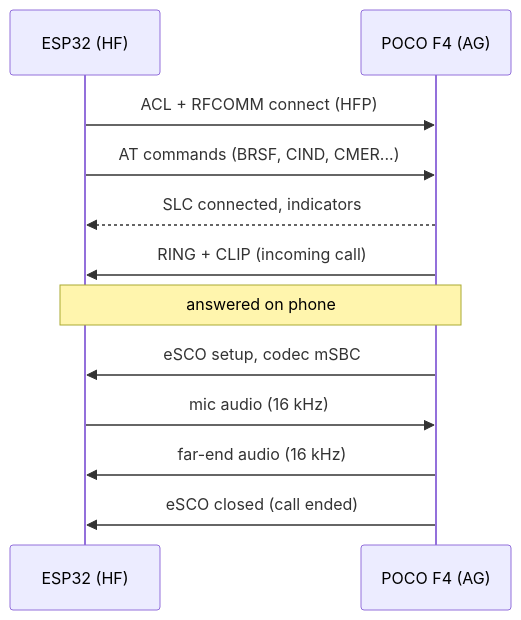
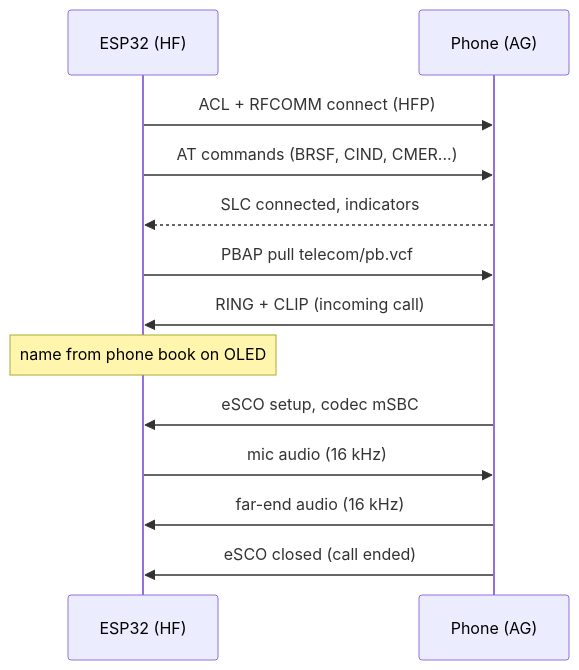
The fourth of 8 diagrams in docs/PROJECT_GUIDE.md (arjunevaibhavpatil1434-alt/esp32-freertos), drawn with Mermaid before and after one commit. The commit also changed other lines of this file and 2 other files, not shown here.

````diff
--- a/docs/PROJECT_GUIDE.md
+++ b/docs/PROJECT_GUIDE.md
@@ -436,14 +486,15 @@
 ```mermaid
 sequenceDiagram
     participant E as ESP32 (HF)
-    participant P as POCO F4 (AG)
+    participant P as Phone (AG)
     E->>P: ACL + RFCOMM connect (HFP)
     E->>P: AT commands (BRSF, CIND, CMER...)
     P-->>E: SLC connected, indicators
+    E->>P: PBAP pull telecom/pb.vcf
     P->>E: RING + CLIP (incoming call)
-    Note over E,P: answered on phone
+    Note over E: name from phone book on OLED
     P->>E: eSCO setup, codec mSBC
     E->>P: mic audio (16 kHz)
     P->>E: far-end audio (16 kHz)
     P->>E: eSCO closed (call ended)
 ```
````
